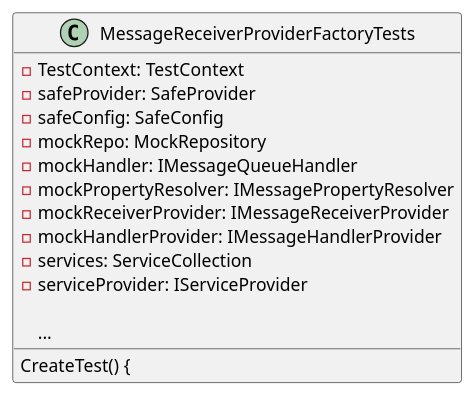
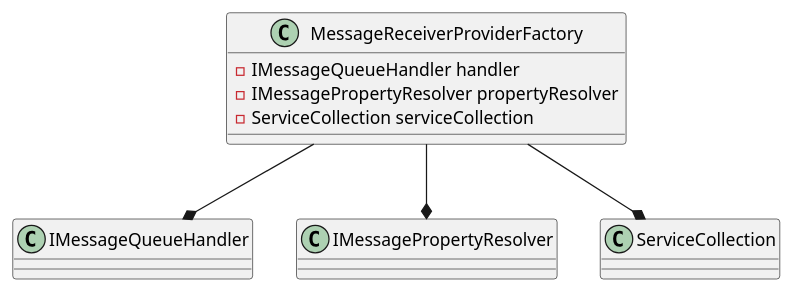
Before and after one commit to mwwhited-forks/dotnet-libs: the seventh of 8 diagrams in docs/generated/Framework/Eliassen.MessageQueueing.Tests/Services/Documentation.md, drawn with PlantUML. The commit also changed other lines of this file and 444 other files, not shown here.

````diff
--- a/docs/generated/Framework/Eliassen.MessageQueueing.Tests/Services/Documentation.md
+++ b/docs/generated/Framework/Eliassen.MessageQueueing.Tests/Services/Documentation.md
@@ -55,20 +144,12 @@
 ```plantuml
 @startuml
-class MessageReceiverProviderFactoryTests {
-  - TestContext: TestContext
-  - safeProvider: SafeProvider
-  - safeConfig: SafeConfig
-  - mockRepo: MockRepository
-  - mockHandler: IMessageQueueHandler
-  - mockPropertyResolver: IMessagePropertyResolver
-  - mockReceiverProvider: IMessageReceiverProvider
-  - mockHandlerProvider: IMessageHandlerProvider
-  - services: ServiceCollection
-  - serviceProvider: IServiceProvider
-
-  CreateTest() {
-    ...
-  }
+class MessageReceiverProviderFactory {
+    - IMessageQueueHandler handler
+    - IMessagePropertyResolver propertyResolver
+    - ServiceCollection serviceCollection
 }
+MessageReceiverProviderFactory --* IMessageQueueHandler
+MessageReceiverProviderFactory --* IMessagePropertyResolver
+MessageReceiverProviderFactory --* ServiceCollection
 @enduml
 ```
````
